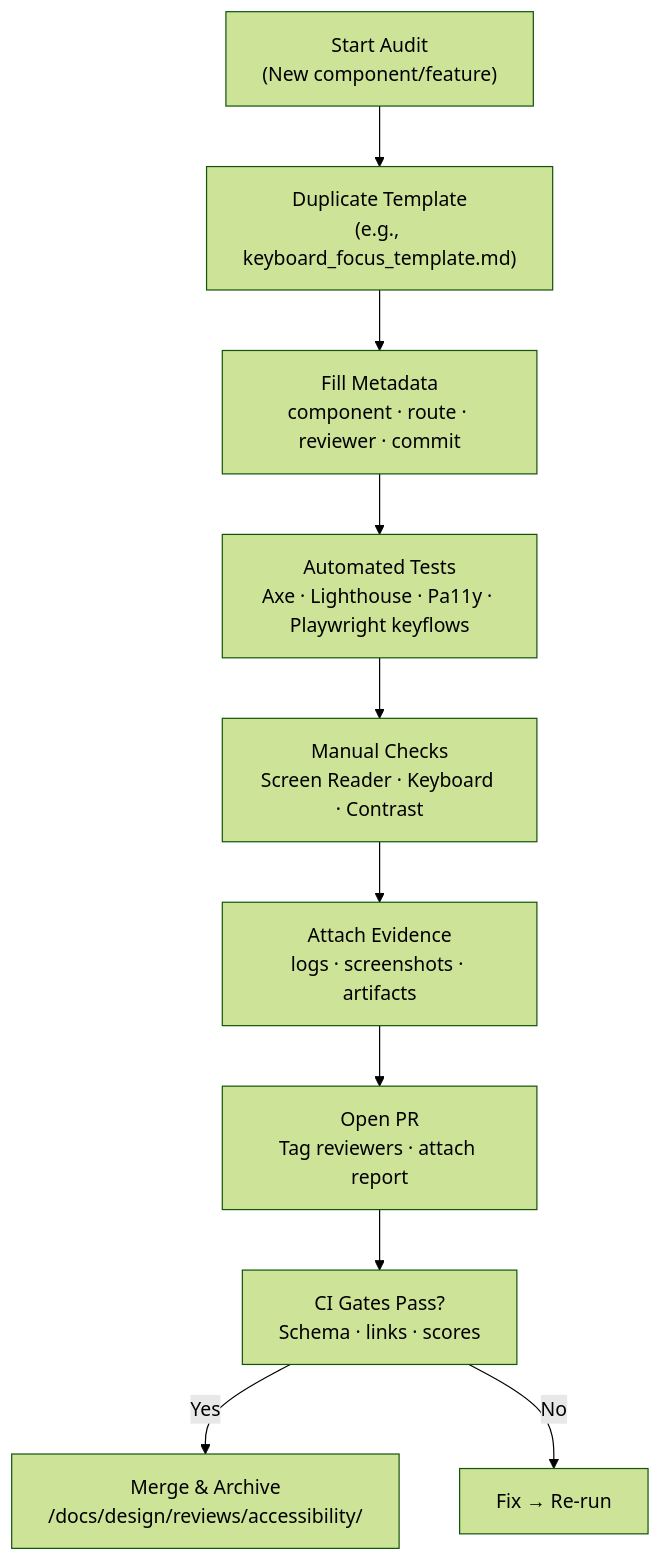
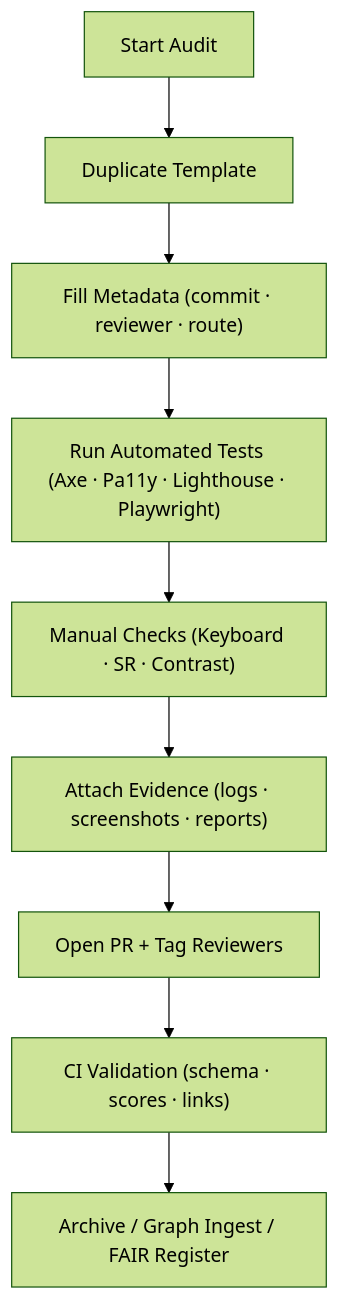
Before and after one commit to bartytime4life/Kansas-Frontier-Matrix: the diagram in docs/design/reviews/accessibility/templates/README.md, drawn with Mermaid (forest theme). The commit also changed other lines of this file, not shown here.

First line of the commit message:
Revise README for Tier-Ω Accessibility Templates

````diff
--- a/docs/design/reviews/accessibility/templates/README.md
+++ b/docs/design/reviews/accessibility/templates/README.md
@@ -173,12 +161,11 @@
 ```mermaid
 flowchart TD
-  A["Start Audit\n(New component/feature)"] --> B["Duplicate Template\n(e.g., keyboard_focus_template.md)"]
-  B --> C["Fill Metadata\ncomponent · route · reviewer · commit"]
-  C --> D["Automated Tests\nAxe · Lighthouse · Pa11y · Playwright keyflows"]
-  D --> E["Manual Checks\nScreen Reader · Keyboard · Contrast"]
-  E --> F["Attach Evidence\nlogs · screenshots · artifacts"]
-  F --> G["Open PR\nTag reviewers · attach report"]
-  G --> H["CI Gates Pass?\nSchema · links · scores"]
-  H -->|Yes| I["Merge & Archive\n/docs/design/reviews/accessibility/"]
-  H -->|No| J["Fix → Re-run"]
+  A["Start Audit"] --> B["Duplicate Template"]
+  B --> C["Fill Metadata (commit · reviewer · route)"]
+  C --> D["Run Automated Tests (Axe · Pa11y · Lighthouse · Playwright)"]
+  D --> E["Manual Checks (Keyboard · SR · Contrast)"]
+  E --> F["Attach Evidence (logs · screenshots · reports)"]
+  F --> G["Open PR + Tag Reviewers"]
+  G --> H["CI Validation (schema · scores · links)"]
+  H --> I["Archive / Graph Ingest / FAIR Register"]
 ```
````
